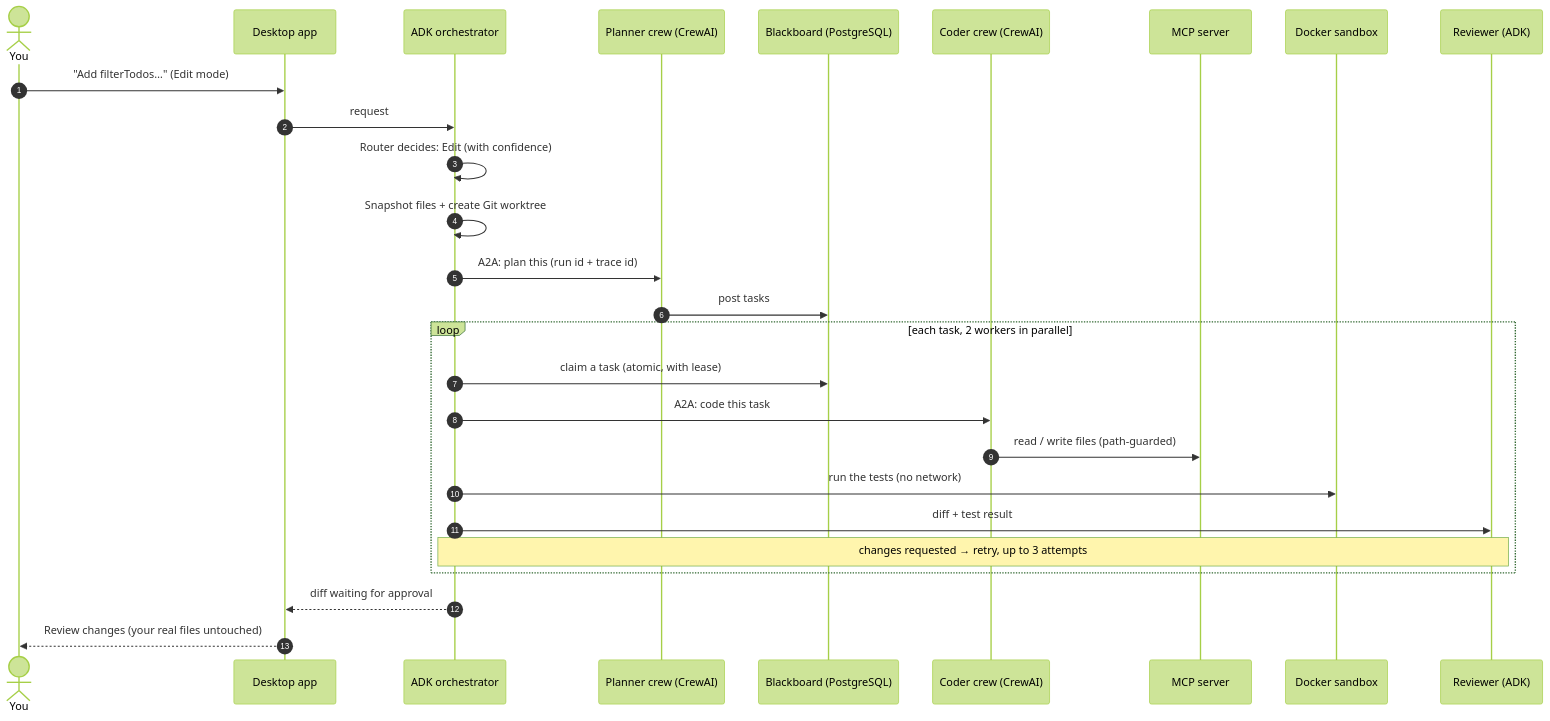
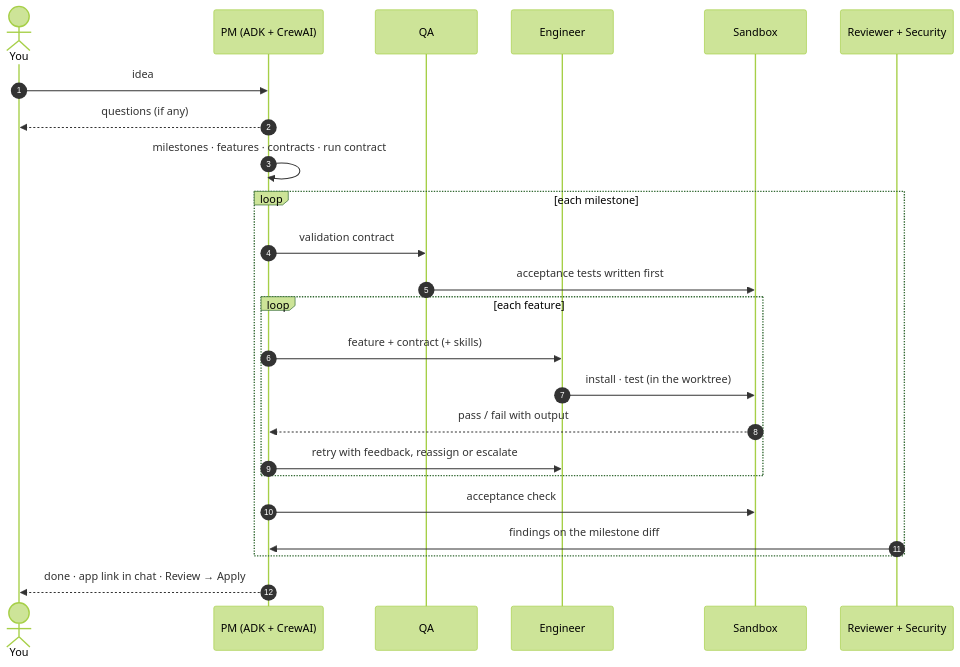
Before and after one commit to shreytiwari09/HEX-MIND: the third of 3 diagrams in README.md, drawn with Mermaid (forest theme). The commit also changed other lines of this file and 16 other files, not shown here.

Commit message:
README with logo, screenshots and architecture; MIT license; research on 17 tools

````diff
--- a/README.md
+++ b/README.md
@@ -108,30 +188,27 @@
 ```mermaid
 sequenceDiagram
     autonumber
     actor You
-    participant App as Desktop app
-    participant ADK as ADK orchestrator
-    participant PL as Planner crew (CrewAI)
-    participant BB as Blackboard (PostgreSQL)
-    participant CO as Coder crew (CrewAI)
-    participant MCP as MCP server
-    participant SB as Docker sandbox
-    participant RV as Reviewer (ADK)
+    participant PM as PM (ADK + CrewAI)
+    participant QA
+    participant Eng as Engineer
+    participant SB as Sandbox
+    participant Val as Reviewer + Security
 
-    You->>App: "Add filterTodos…" (Edit mode)
-    App->>ADK: request
-    ADK->>ADK: Router decides: Edit (with confidence)
-    ADK->>ADK: Snapshot files + create Git worktree
-    ADK->>PL: A2A: plan this (run id + trace id)
-    PL->>BB: post tasks
-    loop each task, 2 workers in parallel
-        ADK->>BB: claim a task (atomic, with lease)
-        ADK->>CO: A2A: code this task
-        CO->>MCP: read / write files (path-guarded)
-        ADK->>SB: run the tests (no network)
-        ADK->>RV: diff + test result
-        Note over ADK,RV: changes requested → retry, up to 3 attempts
+    You->>PM: idea
+    PM-->>You: questions (if any)
+    PM->>PM: milestones · features · contracts · run contract
+    loop each milestone
+        PM->>QA: validation contract
+        QA->>SB: acceptance tests written first
+        loop each feature
+            PM->>Eng: feature + contract (+ skills)
+            Eng->>SB: install · test (in the worktree)
+            SB-->>PM: pass / fail with output
+            PM->>Eng: retry with feedback, reassign or escalate
+        end
+        PM->>SB: acceptance check
+        Val->>PM: findings on the milestone diff
     end
-    ADK-->>App: diff waiting for approval
-    App-->>You: Review changes (your real files untouched)
+    PM-->>You: done · app link in chat · Review → Apply
 ```
````
